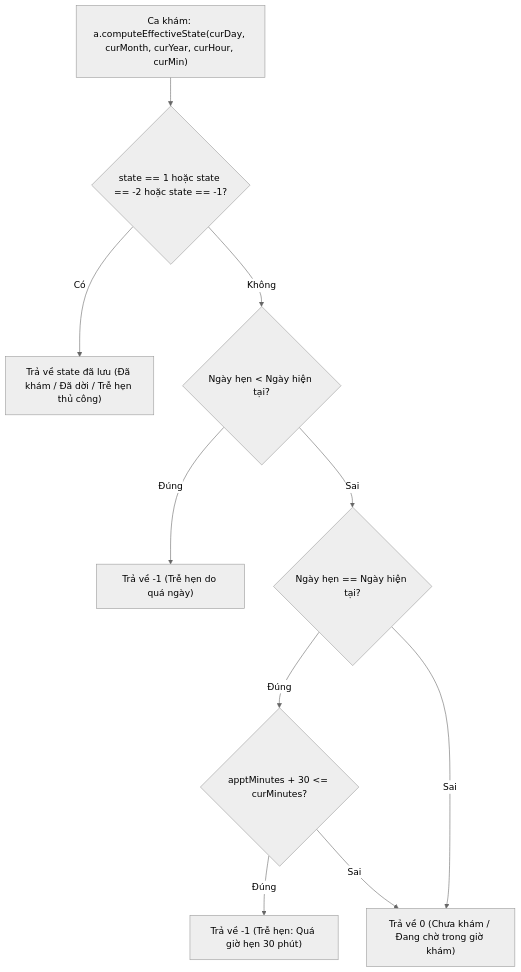
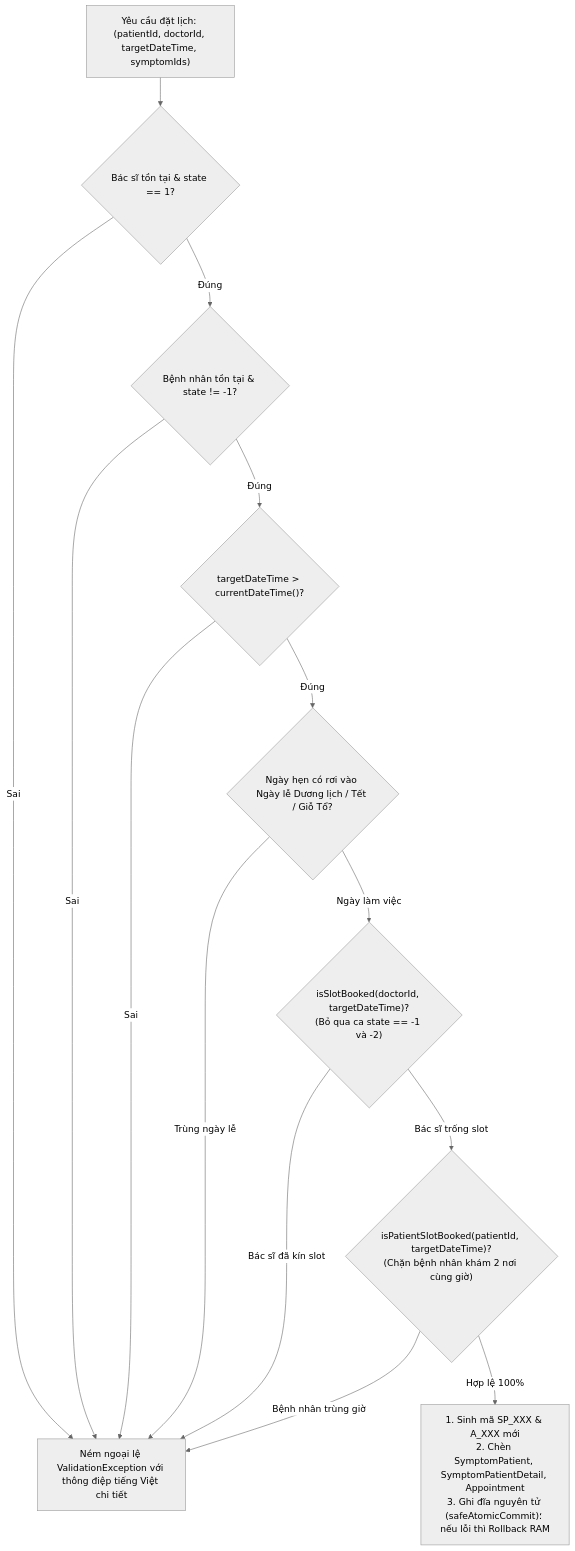
One commit to LeHuuHoang-26/PBL_2 changed the seventh of 8 diagrams in algorithm.md. Above: the diagram before and after it, drawn with Mermaid (neutral theme). The commit also changed other lines of this file and 61 other files, not shown here.

````diff
--- a/algorithm.md
+++ b/algorithm.md
@@ -410,22 +609,26 @@
 ```mermaid
 flowchart TD
-    Start["Ca khám: a.computeEffectiveState(curDay, curMonth, curYear, curHour, curMin)"]
-    CheckManual{"state == 1 hoặc state == -2 hoặc state == -1?"}
-    ReturnSaved["Trả về state đã lưu (Đã khám / Đã dời / Trễ hẹn thủ công)"]
-    CheckPastDate{"Ngày hẹn < Ngày hiện tại?"}
-    ReturnLate1["Trả về -1 (Trễ hẹn do quá ngày)"]
-    CheckToday{"Ngày hẹn == Ngày hiện tại?"}
-    CheckGrace{"apptMinutes + 30 <= curMinutes?"}
-    ReturnLate2["Trả về -1 (Trễ hẹn: Quá giờ hẹn 30 phút)"]
-    ReturnPending["Trả về 0 (Chưa khám / Đang chờ trong giờ khám)"]
+    Input["Yêu cầu đặt lịch: (patientId, doctorId, targetDateTime, symptomIds)"]
+    V1{"Bác sĩ tồn tại & state == 1?"}
+    V2{"Bệnh nhân tồn tại & state != -1?"}
+    V3{"targetDateTime > currentDateTime()?"}
+    V4{"Ngày hẹn có rơi vào Ngày lễ Dương lịch / Tết / Giỗ Tổ?"}
+    V5{"isSlotBooked(doctorId, targetDateTime)?<br/>(Bỏ qua ca state == -1 và -2)"}
+    V6{"isPatientSlotBooked(patientId, targetDateTime)?<br/>(Chặn bệnh nhân khám 2 nơi cùng giờ)"}
+    Reject["Ném ngoại lệ ValidationException với thông điệp tiếng Việt chi tiết"]
+    Commit["1. Sinh mã SP_XXX & A_XXX mới<br/>2. Chèn SymptomPatient, SymptomPatientDetail, Appointment<br/>3. Ghi đĩa nguyên tử (safeAtomicCommit)؛ nếu lỗi thì Rollback RAM"]
 
-    Start --> CheckManual
-    CheckManual -- Có --> ReturnSaved
-    CheckManual -- Không --> CheckPastDate
-    CheckPastDate -- Đúng --> ReturnLate1
-    CheckPastDate -- Sai --> CheckToday
-    CheckToday -- Đúng --> CheckGrace
-    CheckToday -- Sai --> ReturnPending
-    CheckGrace -- Đúng --> ReturnLate2
-    CheckGrace -- Sai --> ReturnPending
+    Input --> V1
+    V1 -- Sai --> Reject
+    V1 -- Đúng --> V2
+    V2 -- Sai --> Reject
+    V2 -- Đúng --> V3
+    V3 -- Sai --> Reject
+    V3 -- Đúng --> V4
+    V4 -- "Trùng ngày lễ" --> Reject
+    V4 -- "Ngày làm việc" --> V5
+    V5 -- "Bác sĩ đã kín slot" --> Reject
+    V5 -- "Bác sĩ trống slot" --> V6
+    V6 -- "Bệnh nhân trùng giờ" --> Reject
+    V6 -- "Hợp lệ 100%" --> Commit
 ```
````
